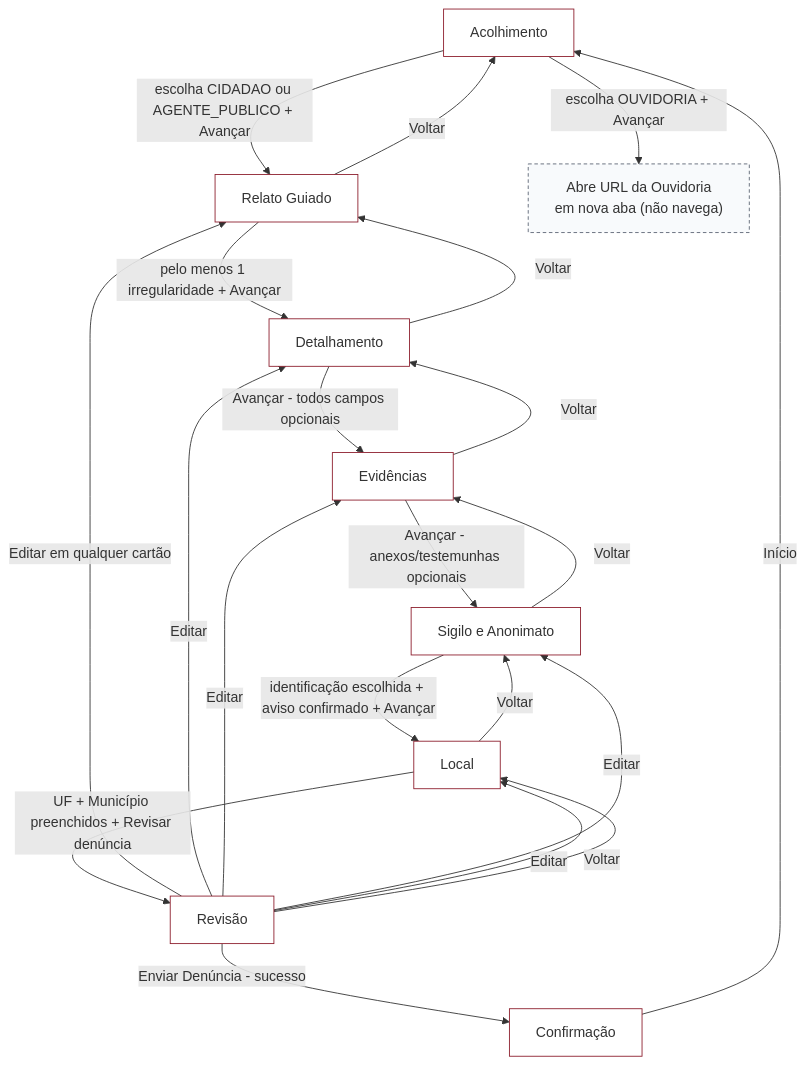
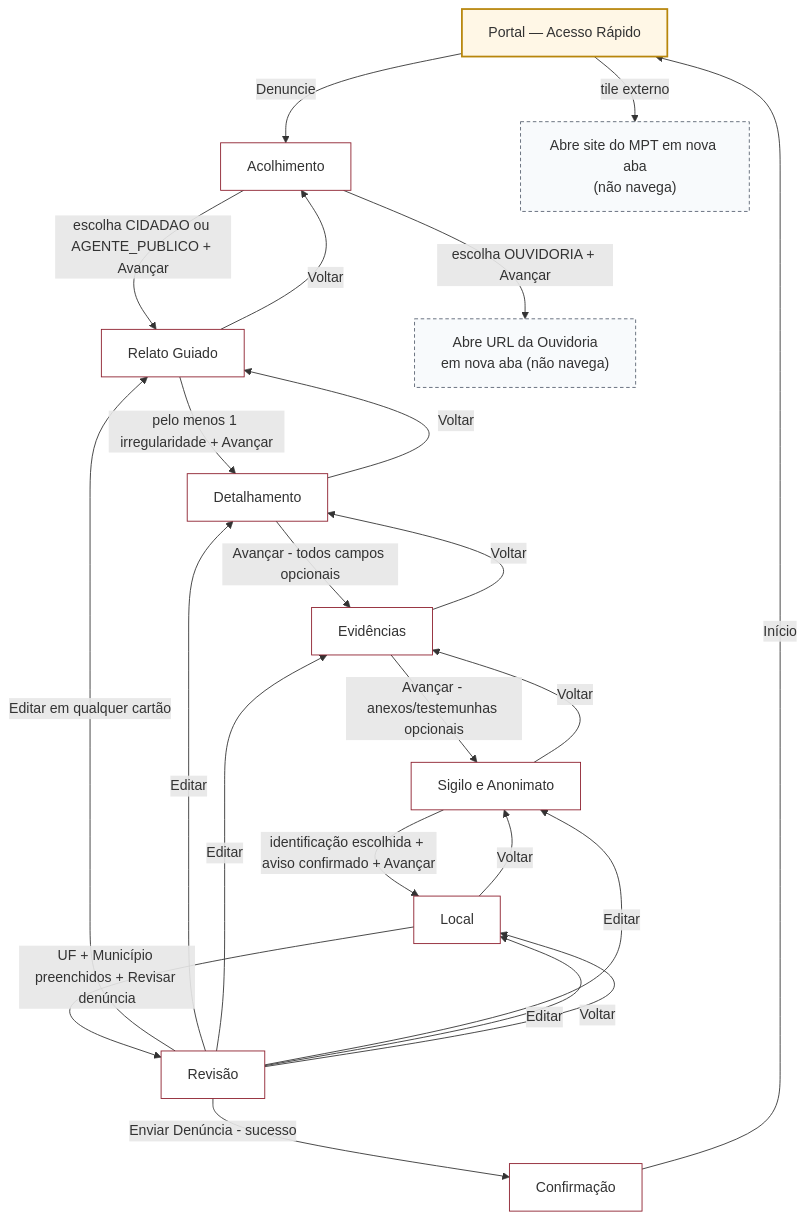
The diagram in docs/preparacao-designvisualUIUX/diagramas-navegacao/01-fluxo-wizard-atual.mmd (fredjml/denunciasnew), drawn with Mermaid before and after one commit. The commit also changed 13 other files, not shown here.

```diff
--- a/docs/preparacao-designvisualUIUX/diagramas-navegacao/01-fluxo-wizard-atual.mmd
+++ b/docs/preparacao-designvisualUIUX/diagramas-navegacao/01-fluxo-wizard-atual.mmd
@@ -1,35 +1,43 @@
 %% Fluxo de navegação vigente do wizard denunciasnew — baseline para comparar propostas futuras.
-%% Fonte: frontend/src/app/app.ts (signal currentStep) + app.html (@switch). 2026-09-05.
+%% Fonte: frontend/src/app/app.ts (signal currentStep) + app.html (@switch). Atualizado 2026-09-05
+%% após a implementação da tela de Portal (era a proposta em 02-fluxo-com-portal-home.mmd,
+%% agora este É o estado real — ver docs/diagramas-mermaid-new/08-estados-wizard.mmd para a
+%% versão completa e mantida deste diagrama).
 flowchart TD
-    A[Acolhimento] -->|escolha CIDADAO ou AGENTE_PUBLICO + Avançar| R[Relato Guiado]
+    P[Portal — Acesso Rápido] -->|Denuncie| A[Acolhimento]
+    P -->|tile externo| EXT2["Abre site do MPT em nova aba<br/>(não navega)"]
+
+    A -->|escolha CIDADAO ou AGENTE_PUBLICO + Avançar| R[Relato Guiado]
     A -->|escolha OUVIDORIA + Avançar| EXT["Abre URL da Ouvidoria<br/>em nova aba (não navega)"]
 
     R -->|pelo menos 1 irregularidade + Avançar| D[Detalhamento]
     R -->|Voltar| A
 
     D -->|Avançar - todos campos opcionais| EV[Evidências]
     D -->|Voltar| R
 
     EV -->|Avançar - anexos/testemunhas opcionais| S[Sigilo e Anonimato]
     EV -->|Voltar| D
 
     S -->|identificação escolhida + aviso confirmado + Avançar| L[Local]
     S -->|Voltar| EV
 
     L -->|UF + Município preenchidos + Revisar denúncia| RV[Revisão]
     L -->|Voltar| S
 
     RV -->|Editar em qualquer cartão| R
     RV -->|Editar| D
     RV -->|Editar| EV
     RV -->|Editar| S
     RV -->|Editar| L
     RV -->|Enviar Denúncia - sucesso| C[Confirmação]
     RV -->|Voltar| L
 
-    C -->|Início| A
+    C -->|Início| P
 
     classDef stepClass fill:#fff,stroke:#8c1d2c,stroke-width:1px;
     classDef extClass fill:#f8fafc,stroke:#5b6472,stroke-dasharray: 4 3;
+    classDef novaClass fill:#fff7e6,stroke:#b8860b,stroke-width:2px;
     class A,R,D,EV,S,L,RV,C stepClass;
-    class EXT extClass;
+    class EXT,EXT2 extClass;
+    class P novaClass;
```
